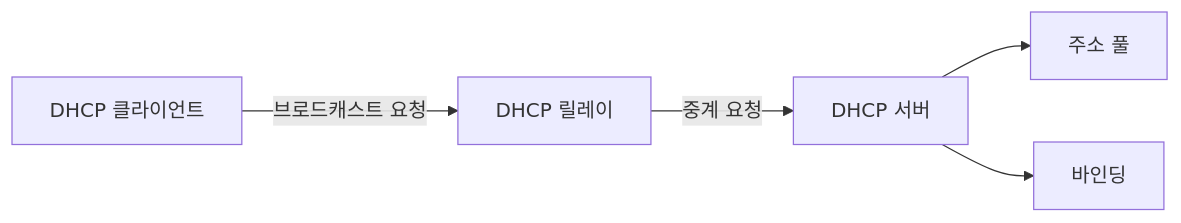
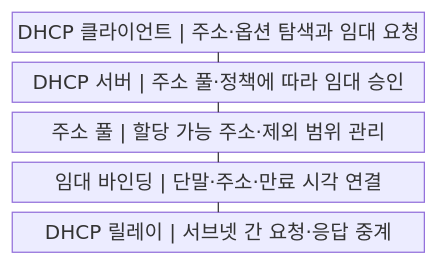
Before and after one commit to agnusdei1207/knowledge-base: the first of 2 diagrams in src/content/docs/notes/04-network/007_dhcp.md, drawn with Mermaid. The commit also changed other lines of this file and 20 other files, not shown here.

````diff
--- a/src/content/docs/notes/04-network/007_dhcp.md
+++ b/src/content/docs/notes/04-network/007_dhcp.md
@@ -55,7 +56,13 @@
 ```mermaid
-flowchart LR
-    C["DHCP 클라이언트"] -->|브로드캐스트 요청| R["DHCP 릴레이"]
-    R -->|중계 요청| S["DHCP 서버"]
-    S --> P["주소 풀"]
-    S --> B["바인딩"]
+block
+    columns 1
+    A["DHCP 클라이언트 | 주소·옵션 탐색과 임대 요청"]
+    B["DHCP 서버 | 주소 풀·정책에 따라 임대 승인"]
+    C["주소 풀 | 할당 가능 주소·제외 범위 관리"]
+    D["임대 바인딩 | 단말·주소·만료 시각 연결"]
+    E["DHCP 릴레이 | 서브넷 간 요청·응답 중계"]
+    A --- B
+    B --- C
+    C --- D
+    D --- E
 ```
````
